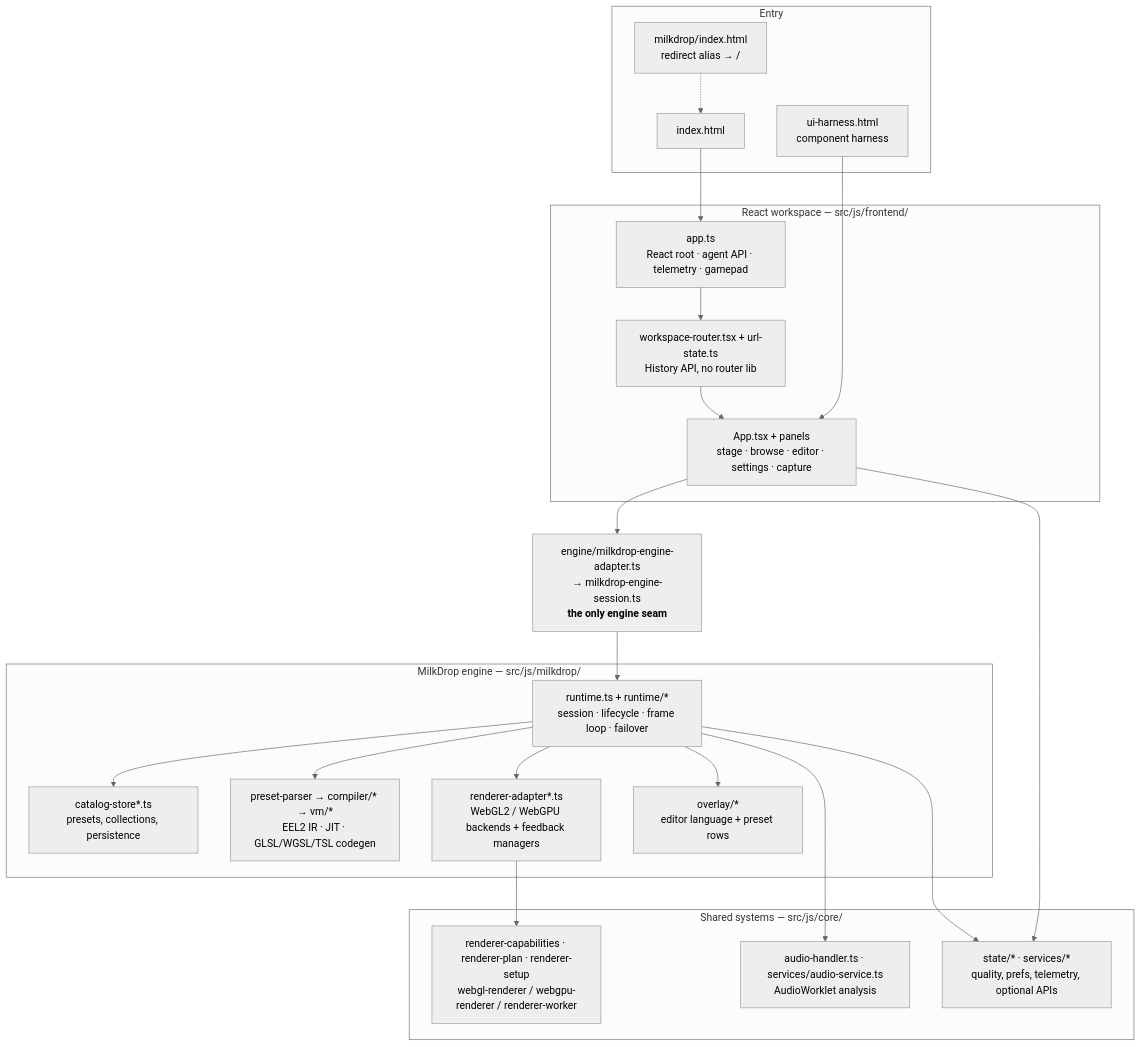
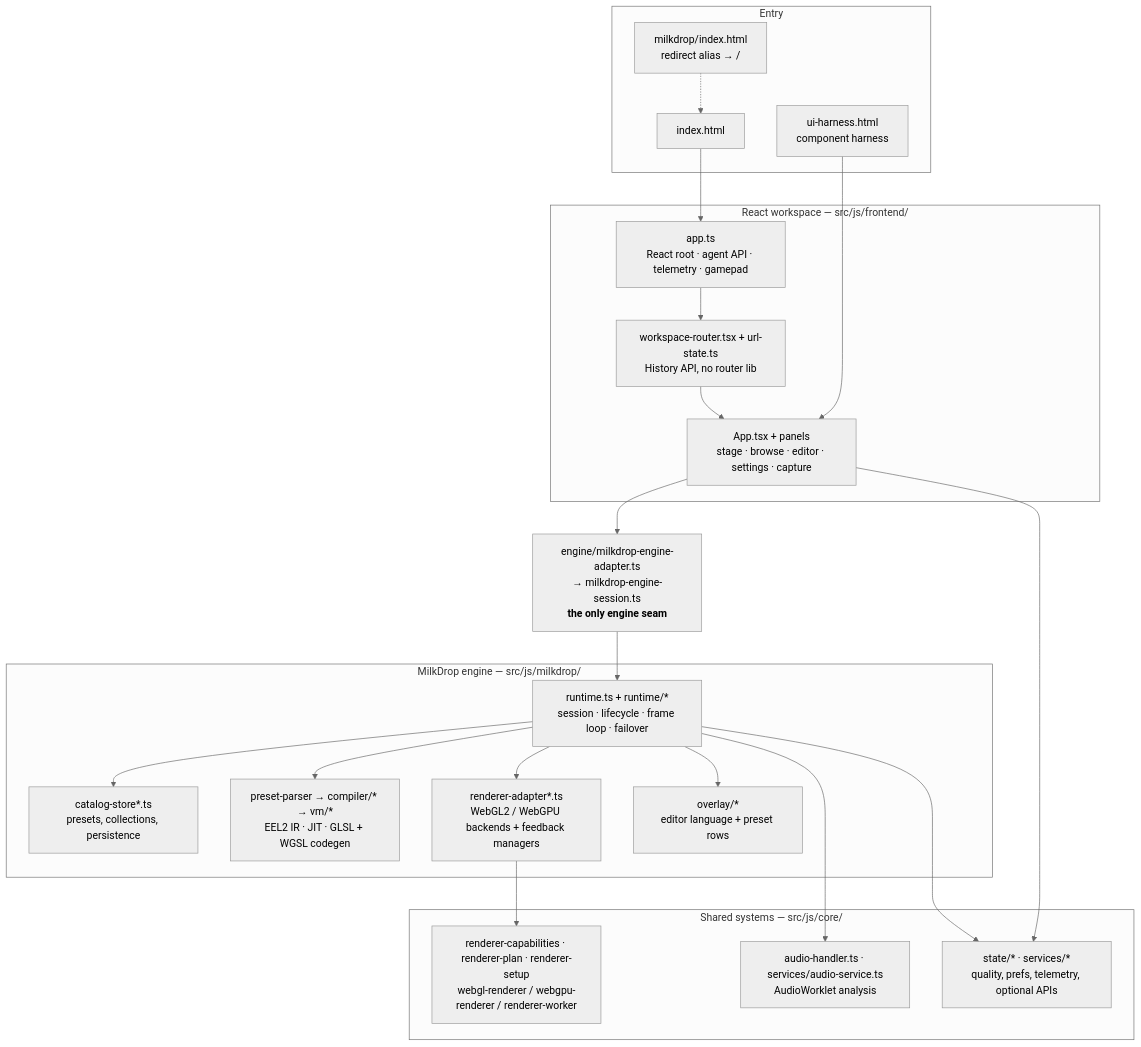
One commit to zz-plant/stims changed the first of 2 diagrams in docs/ARCHITECTURE.md. Above: the diagram before and after it, drawn with Mermaid (neutral theme). The commit also changed other lines of this file and 67 other files, not shown here.

````diff
--- a/docs/ARCHITECTURE.md
+++ b/docs/ARCHITECTURE.md
@@ -19,45 +20,45 @@
 ```mermaid
 flowchart TB
   subgraph shell["Entry"]
     Entry["index.html"]
     Alias["milkdrop/index.html<br/>redirect alias → /"]
     Harness["ui-harness.html<br/>component harness"]
   end
 
   subgraph react["React workspace — src/js/frontend/"]
     App["app.ts<br/>React root · agent API · telemetry · gamepad"]
     Router["workspace-router.tsx + url-state.ts<br/>History API, no router lib"]
     UI["App.tsx + panels<br/>stage · browse · editor · settings · capture"]
   end
 
   Adapter["engine/milkdrop-engine-adapter.ts<br/>→ milkdrop-engine-session.ts<br/><b>the only engine seam</b>"]
 
   subgraph engine["MilkDrop engine — src/js/milkdrop/"]
     Runtime["runtime.ts + runtime/*<br/>session · lifecycle · frame loop · failover"]
     Catalog["catalog-store*.ts<br/>presets, collections, persistence"]
-    Compile["preset-parser → compiler/* → vm/*<br/>EEL2 IR · JIT · GLSL/WGSL/TSL codegen"]
+    Compile["preset-parser → compiler/* → vm/*<br/>EEL2 IR · JIT · GLSL + WGSL codegen"]
     RAdapter["renderer-adapter*.ts<br/>WebGL2 / WebGPU backends + feedback managers"]
     Overlay["overlay/*<br/>editor language + preset rows"]
   end
 
   subgraph core["Shared systems — src/js/core/"]
     Audio["audio-handler.ts · services/audio-service.ts<br/>AudioWorklet analysis"]
     Render["renderer-capabilities · renderer-plan · renderer-setup<br/>webgl-renderer / webgpu-renderer / renderer-worker"]
     State["state/* · services/*<br/>quality, prefs, telemetry, optional APIs"]
   end
 
   Entry --> App
   Alias -.-> Entry
   Harness --> UI
   App --> Router --> UI
   UI --> Adapter
   UI --> State
   Adapter --> Runtime
   Runtime --> Catalog
   Runtime --> Compile
   Runtime --> RAdapter
   Runtime --> Overlay
   Runtime --> Audio
   RAdapter --> Render
   Runtime --> State
 ```
````
